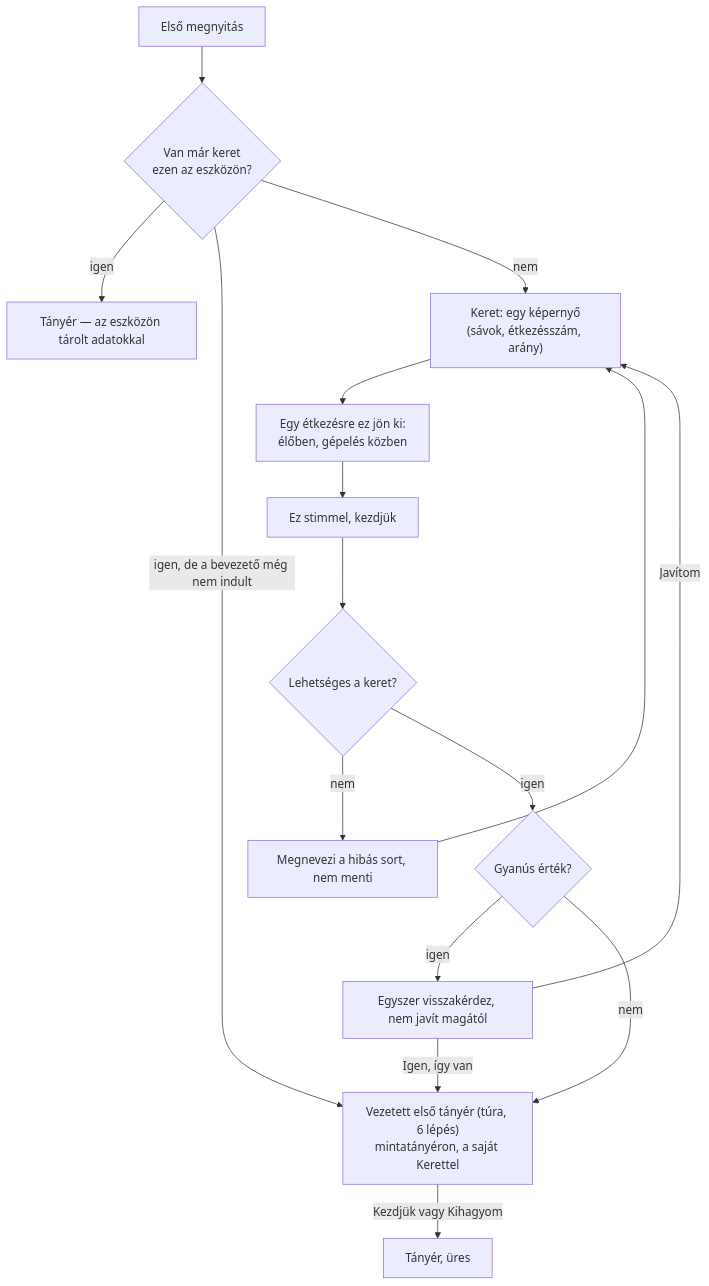
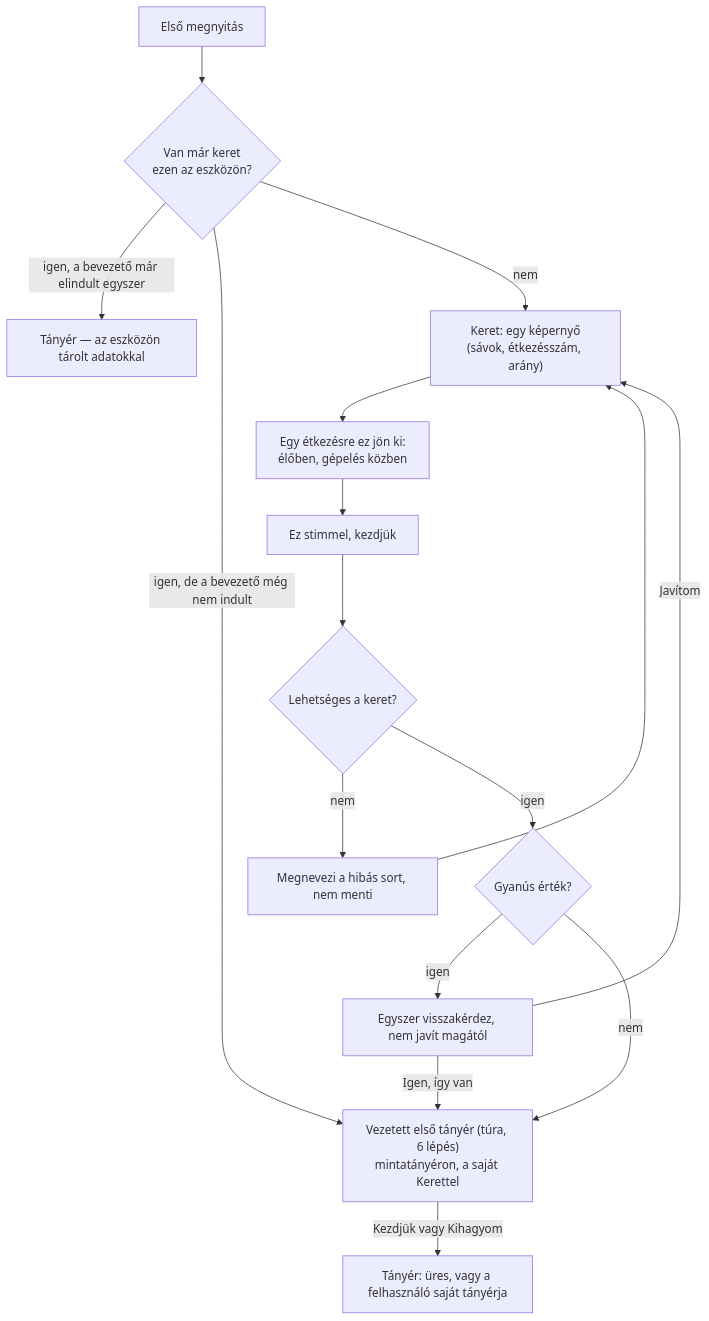
Before and after one commit to Izayata/ketara-artifacts: the third of 3 diagrams in ketara-folyamatok-kepernyok.md, drawn with Mermaid. The commit also changed other lines of this file and 3 other files, not shown here.

````diff
--- a/ketara-folyamatok-kepernyok.md
+++ b/ketara-folyamatok-kepernyok.md
@@ -115,18 +115,18 @@
 ```mermaid
 flowchart TD
     A0[Első megnyitás] --> A6{Van már keret<br/>ezen az eszközön?}
-    A6 -- igen --> J0["Tányér — az eszközön tárolt adatokkal"]
+    A6 -- "igen, a bevezető már elindult egyszer" --> J0["Tányér — az eszközön tárolt adatokkal"]
     A6 -- "igen, de a bevezető még nem indult" --> J
     A6 -- nem --> B["Keret: egy képernyő<br/>(sávok, étkezésszám, arány)"]
     B --> H["Egy étkezésre ez jön ki:<br/>élőben, gépelés közben"]
     H --> I["Ez stimmel, kezdjük"]
     I --> F{Lehetséges a keret?}
     F -- nem --> F2["Megnevezi a hibás sort, nem menti"] --> B
     F -- igen --> F3{Gyanús érték?}
     F3 -- igen --> G["Egyszer visszakérdez, nem javít magától"]
     G -- "Igen, így van" --> J
     G -- "Javítom" --> B
     F3 -- nem --> J
     J["Vezetett első tányér (túra, 6 lépés)<br/>mintatányéron, a saját Kerettel"]
-    J -- "Kezdjük vagy Kihagyom" --> K[Tányér, üres]
+    J -- "Kezdjük vagy Kihagyom" --> K["Tányér: üres, vagy a felhasználó saját tányérja"]
 ```
````
